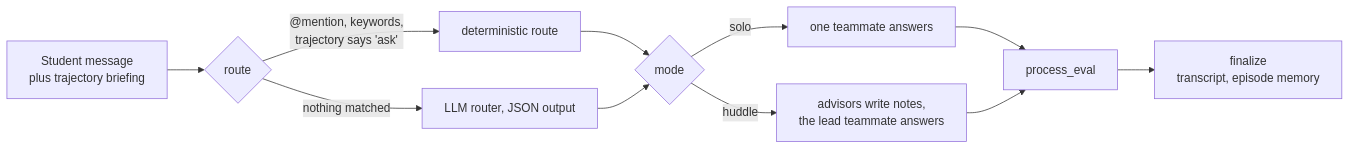
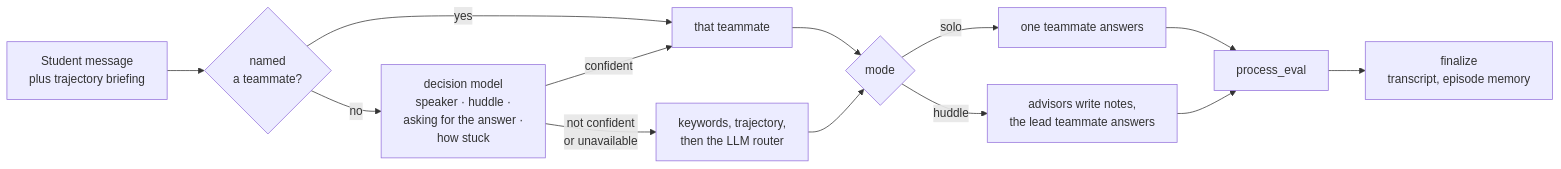
Before and after one commit to alexaaa-a/programming-edu-service: the sixth of 6 diagrams in README.md, drawn with Mermaid. The commit also changed other lines of this file and 75 other files, not shown here.

````diff
--- a/README.md
+++ b/README.md
@@ -205,13 +254,15 @@
 ```mermaid
 flowchart LR
-    Q["Student message<br/>plus trajectory briefing"] --> R{"route"}
-    R -->|"@mention, keywords,<br/>trajectory says 'ask'"| D["deterministic route"]
-    R -->|"nothing matched"| L["LLM router, JSON output"]
-    D --> MODE{"mode"}
-    L --> MODE
+    Q["Student message<br/>plus trajectory briefing"] --> M{"named<br/>a teammate?"}
+    M -->|yes| D["that teammate"]
+    M -->|no| J["decision model<br/>speaker · huddle ·<br/>asking for the answer ·<br/>how stuck"]
+    J -->|confident| D
+    J -->|"not confident<br/>or unavailable"| K["keywords, trajectory,<br/>then the LLM router"]
+    K --> MODE{"mode"}
+    D --> MODE
     MODE -->|solo| SO["one teammate answers"]
     MODE -->|huddle| H["advisors write notes,<br/>the lead teammate answers"]
     SO --> PE["process_eval"]
     H --> PE
     PE --> FIN["finalize<br/>transcript, episode memory"]
 ```
````
